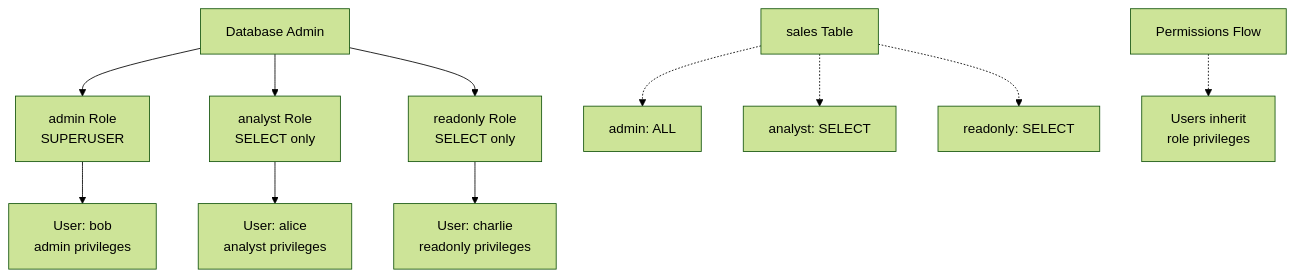
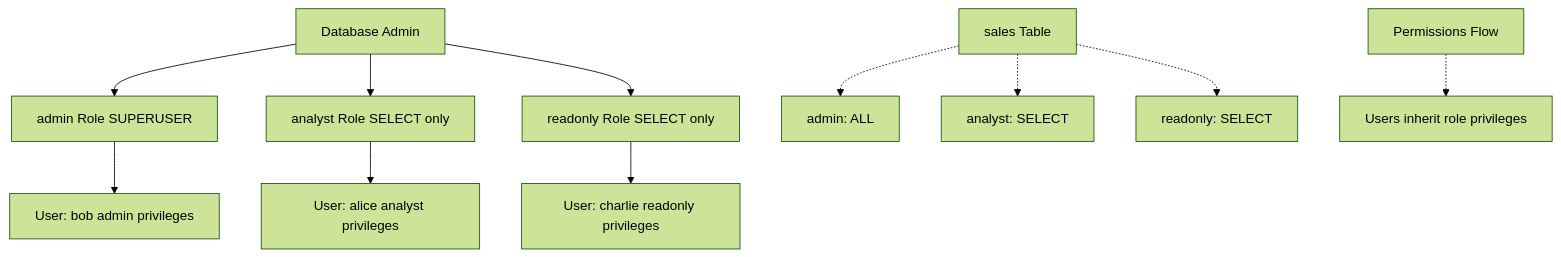
Before and after one commit to basharArif/sql-learning-path: the second of 3 diagrams in ops/1-advanced-security.md, drawn with Mermaid (forest theme). The commit also changed other lines of this file and 12 other files, not shown here.

Commit message:
Fix Mermaid diagrams in remaining files: Replace \n with spaces for proper rendering

````diff
--- a/ops/1-advanced-security.md
+++ b/ops/1-advanced-security.md
@@ -81,16 +81,16 @@
 ```mermaid
 graph TD
-    A[Database Admin] --> B[admin Role\nSUPERUSER]
-    A --> C[analyst Role\nSELECT only]
-    A --> D[readonly Role\nSELECT only]
+    A[Database Admin] --> B[admin Role SUPERUSER]
+    A --> C[analyst Role SELECT only]
+    A --> D[readonly Role SELECT only]
     
-    B --> E[User: bob\nadmin privileges]
-    C --> F[User: alice\nanalyst privileges]
-    D --> G[User: charlie\nreadonly privileges]
+    B --> E[User: bob admin privileges]
+    C --> F[User: alice analyst privileges]
+    D --> G[User: charlie readonly privileges]
     
     H[sales Table] -.-> I[admin: ALL]
     H -.-> J[analyst: SELECT]
     H -.-> K[readonly: SELECT]
     
-    L[Permissions Flow] -.-> M[Users inherit\nrole privileges]
+    L[Permissions Flow] -.-> M[Users inherit role privileges]
 ```
````
